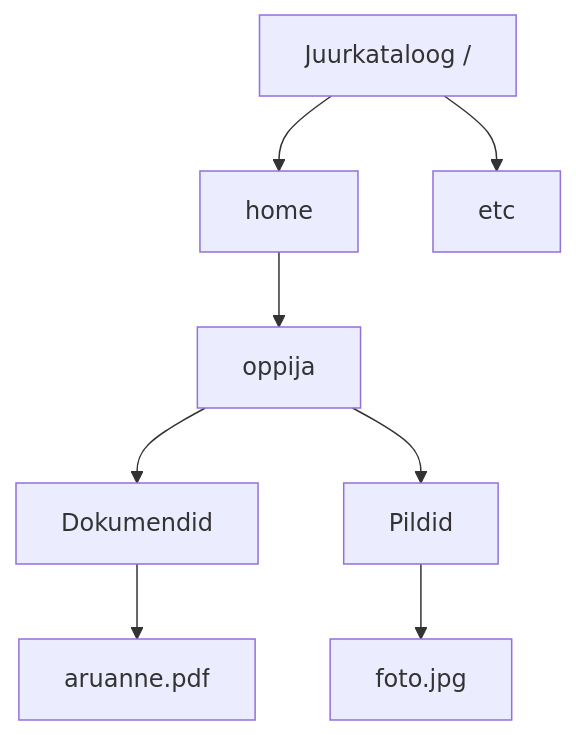
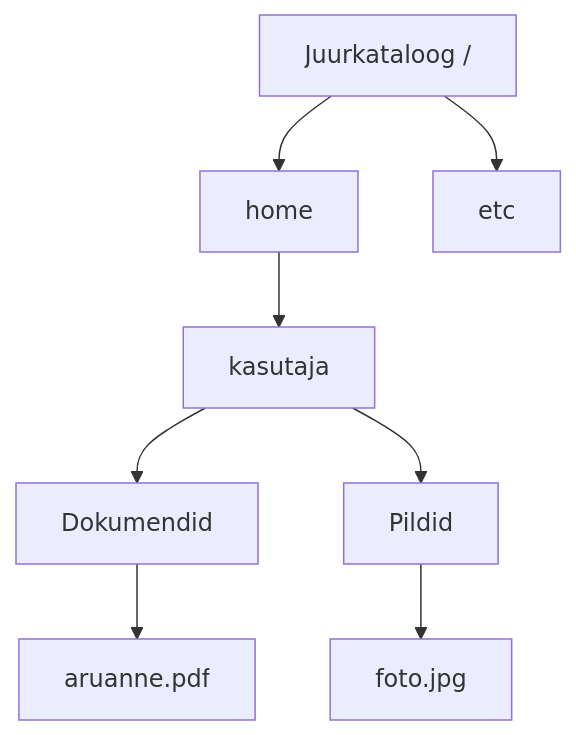
The diagram in docs/operatsioonisysteemide-alused/5-failisysteemid.md (priitpaap/priitpaap.github.io), drawn with Mermaid before and after one commit. The commit also changed other lines of this file, not shown here.

````diff
--- a/docs/operatsioonisysteemide-alused/5-failisysteemid.md
+++ b/docs/operatsioonisysteemide-alused/5-failisysteemid.md
@@ -51,10 +51,10 @@
 ```mermaid
 flowchart TD
     R["Juurkataloog /"] --> H["home"]
     R --> E["etc"]
-    H --> U["oppija"]
+    H --> U["kasutaja"]
     U --> D["Dokumendid"]
     U --> P["Pildid"]
     D --> F["aruanne.pdf"]
     P --> I["foto.jpg"]
 ```
````
